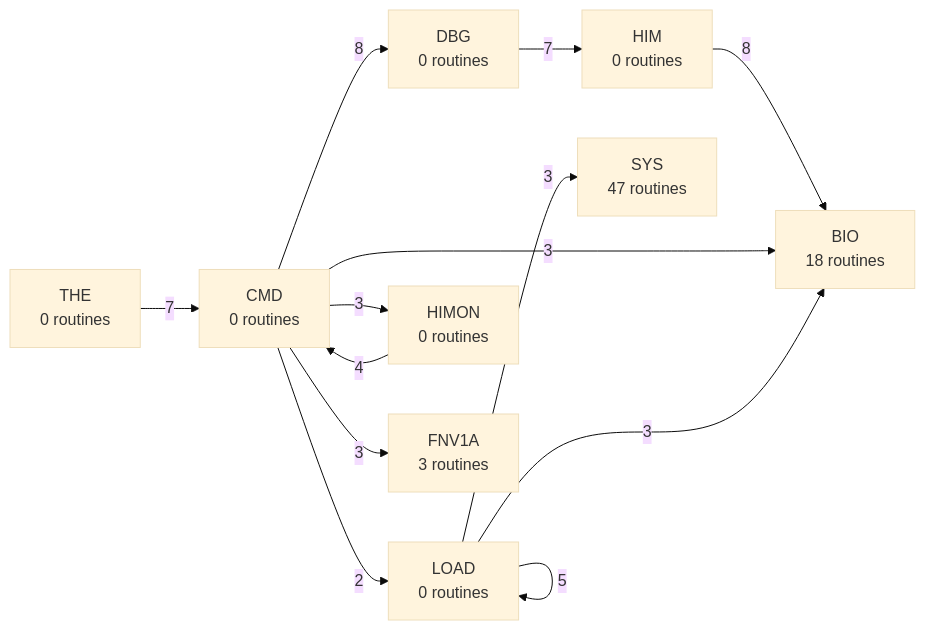
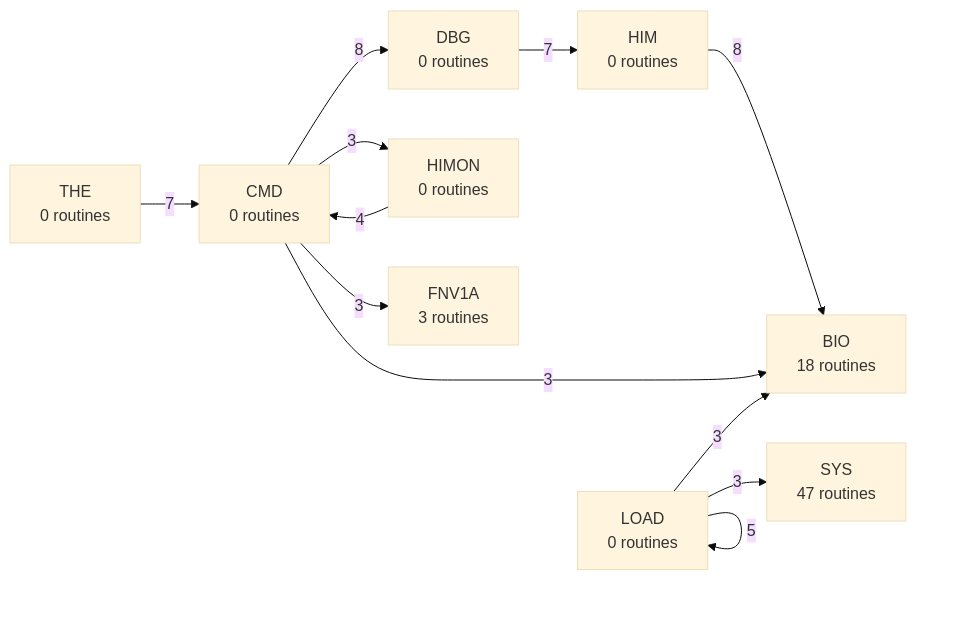
Before and after one commit to 95westus/R-YORS: the third of 6 diagrams in DOC/GENERATED/ROUTINE_PREFIX_MAP.md, drawn with Mermaid (base theme). The commit also changed other lines of this file and 14 other files, not shown here.

````diff
--- a/DOC/GENERATED/ROUTINE_PREFIX_MAP.md
+++ b/DOC/GENERATED/ROUTINE_PREFIX_MAP.md
@@ -46,15 +46,14 @@
 ```mermaid
 flowchart LR
     P_CMD["CMD<br/>0 routines"] -->|8| P_DBG["DBG<br/>0 routines"]
     P_HIM["HIM<br/>0 routines"] -->|8| P_BIO["BIO<br/>18 routines"]
     P_DBG["DBG<br/>0 routines"] -->|7| P_HIM["HIM<br/>0 routines"]
     P_THE["THE<br/>0 routines"] -->|7| P_CMD["CMD<br/>0 routines"]
     P_LOAD["LOAD<br/>0 routines"] -->|5| P_LOAD["LOAD<br/>0 routines"]
     P_HIMON["HIMON<br/>0 routines"] -->|4| P_CMD["CMD<br/>0 routines"]
     P_CMD["CMD<br/>0 routines"] -->|3| P_BIO["BIO<br/>18 routines"]
     P_CMD["CMD<br/>0 routines"] -->|3| P_FNV1A["FNV1A<br/>3 routines"]
     P_CMD["CMD<br/>0 routines"] -->|3| P_HIMON["HIMON<br/>0 routines"]
     P_LOAD["LOAD<br/>0 routines"] -->|3| P_BIO["BIO<br/>18 routines"]
     P_LOAD["LOAD<br/>0 routines"] -->|3| P_SYS["SYS<br/>47 routines"]
-    P_CMD["CMD<br/>0 routines"] -->|2| P_LOAD["LOAD<br/>0 routines"]
 ```
````
